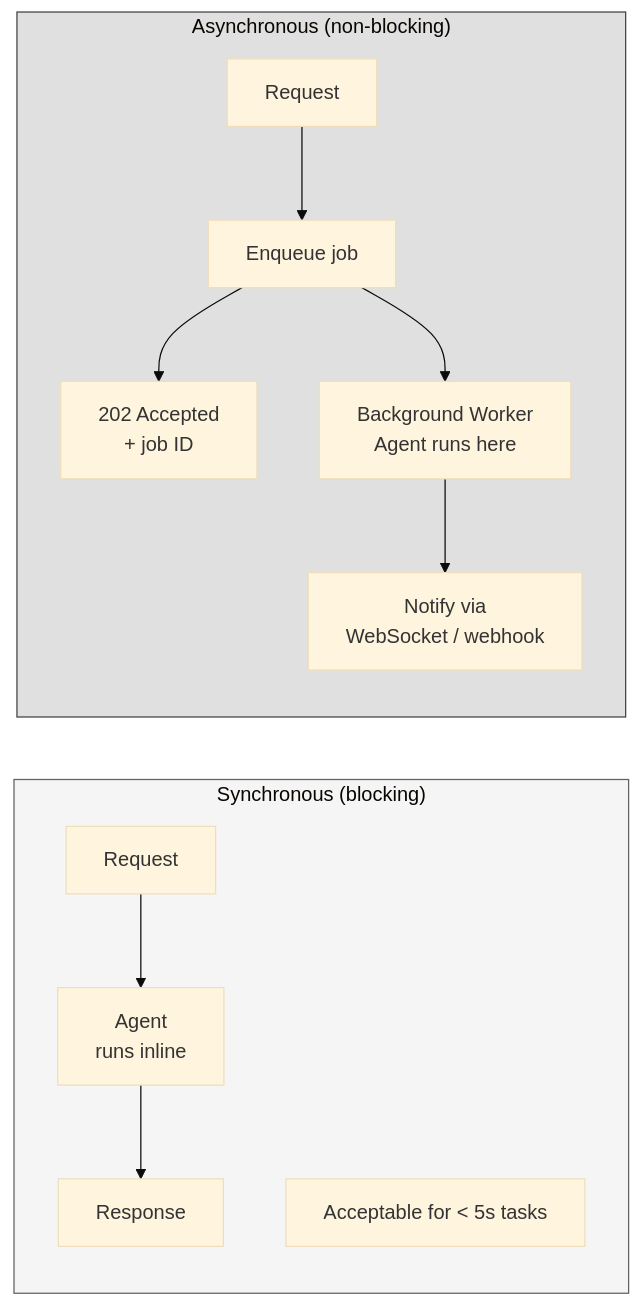
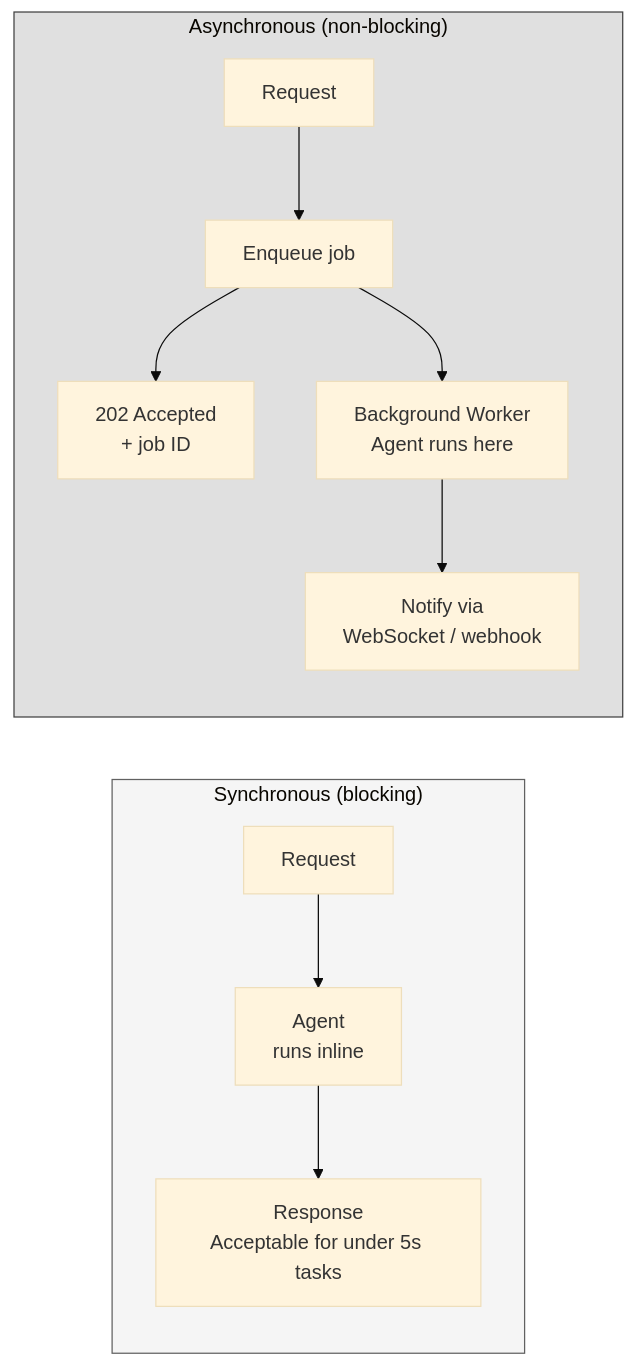
One commit to Shekharrajak/agent-design-patterns changed the fourth of 6 diagrams in docs/posts/05-agents-in-web-applications.md. Above: the diagram before and after it, drawn with Mermaid (base theme). The commit also changed other lines of this file and 7 other files, not shown here.

Commit message:
fix: resolve Mermaid rendering issues across all chapters

````diff
--- a/docs/posts/05-agents-in-web-applications.md
+++ b/docs/posts/05-agents-in-web-applications.md
@@ -128,17 +129,16 @@
 ```mermaid
 graph LR
     subgraph SYNC["Synchronous (blocking)"]
-        REQ1["Request"] --> AGENT1["Agent<br/>runs inline"] --> RES1["Response"]
-        NOTE1["Acceptable for < 5s tasks"]
+        REQ1["Request"] --> AGENT1["Agent<br/>runs inline"] --> RES1["Response<br/>Acceptable for under 5s tasks"]
     end
 
     subgraph ASYNC["Asynchronous (non-blocking)"]
         REQ2["Request"] --> ENQUEUE["Enqueue job"]
         ENQUEUE --> RES2["202 Accepted<br/>+ job ID"]
         ENQUEUE --> WORKER["Background Worker<br/>Agent runs here"]
         WORKER --> NOTIFY["Notify via<br/>WebSocket / webhook"]
     end
 
     style SYNC fill:#f5f5f5,stroke:#616161
     style ASYNC fill:#e0e0e0,stroke:#424242
 ```
````
